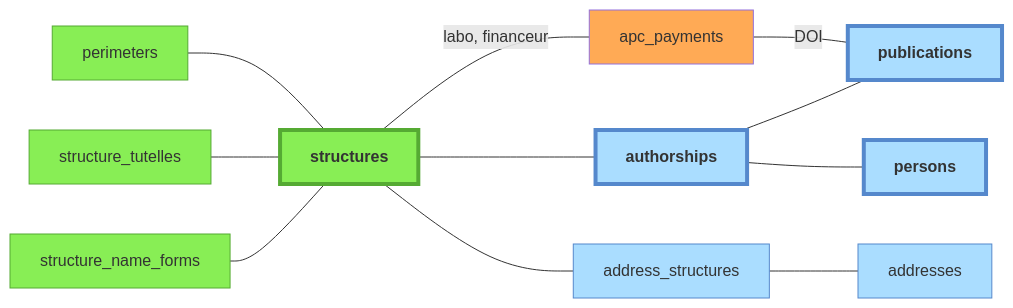
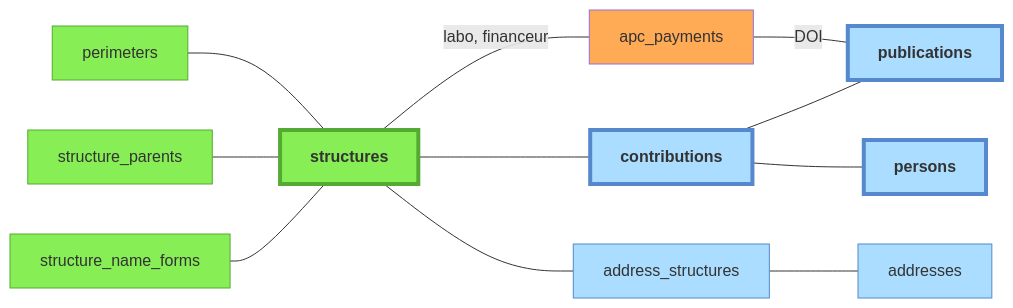
One commit to Y33sha/bibliometrie-uca changed the diagram in docs/donnees/06-structures.md. Above: the diagram before and after it, drawn with Mermaid. The commit also changed other lines of this file and 560 other files, not shown here.

````diff
--- a/docs/donnees/06-structures.md
+++ b/docs/donnees/06-structures.md
@@ -16,22 +16,22 @@
 ```mermaid
 flowchart LR
     structure_name_forms --- structures
-    structure_tutelles --- structures
+    structure_parents --- structures
     perimeters---structures
-    structures --- authorships
-    authorships --- publications
-    authorships --- persons
+    structures --- contributions
+    contributions --- publications
+    contributions --- persons
     structures ---|labo, financeur| apc_payments
     apc_payments ---|DOI| publications
     structures --- address_structures
     address_structures --- addresses
 
     classDef manuel  fill:#8e5,stroke:#5a3
-    class structures,structure_name_forms,perimeters,structure_tutelles manuel;
+    class structures,structure_name_forms,perimeters,structure_parents manuel;
     classDef csv fill:#fa5
     class apc_payments csv
     classDef auto fill:#adf,stroke:#58c
-    class address_structures,addresses,authorships,persons,publications auto
+    class address_structures,addresses,contributions,persons,publications auto
     classDef main stroke-width:4px,font-weight:bold
-    class structures,publications,persons,authorships main
+    class structures,publications,persons,contributions main
 ```
````
